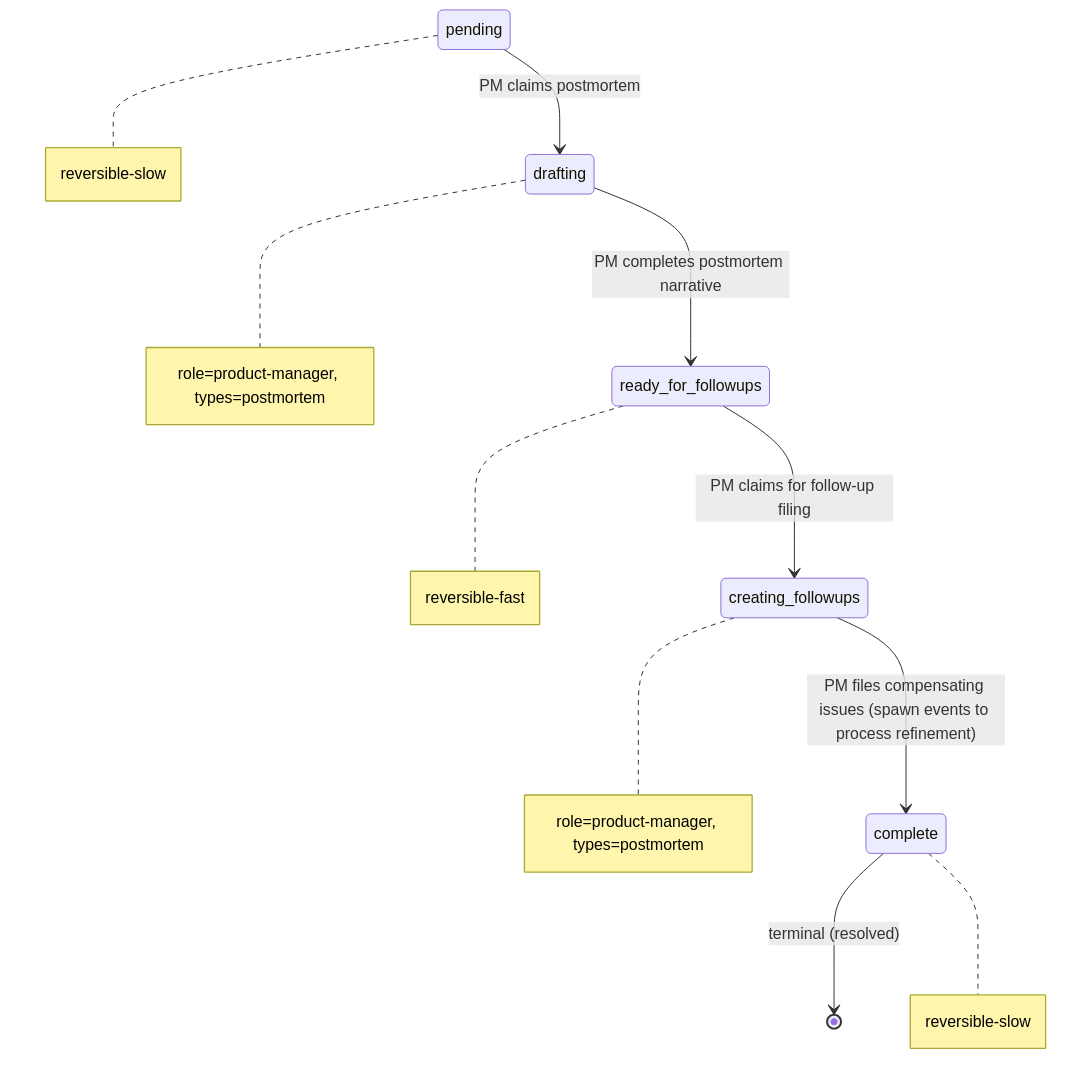
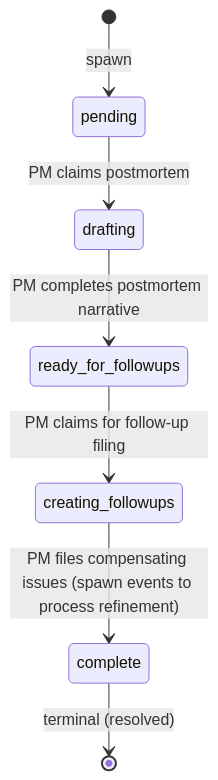
The diagram in examples/workflows/postmortem.md (blemees/blemees-workflow), drawn with Mermaid before and after one commit. The commit also changed 51 other files, not shown here.

````diff
--- a/examples/workflows/postmortem.md
+++ b/examples/workflows/postmortem.md
@@ -11,14 +13,10 @@
 ```mermaid
 stateDiagram-v2
+    direction TB
     pending --> drafting: PM claims postmortem
     drafting --> ready_for_followups: PM completes postmortem narrative
     ready_for_followups --> creating_followups: PM claims for follow-up filing
     creating_followups --> complete: PM files compensating issues (spawn events to process refinement)
     complete --> [*]: terminal (resolved)
-
-    note right of pending: reversible-slow
-    note right of drafting: role=product-manager, types=postmortem
-    note right of ready_for_followups: reversible-fast
-    note right of creating_followups: role=product-manager, types=postmortem
-    note right of complete: reversible-slow
+    [*] --> pending: spawn
 ```
````
